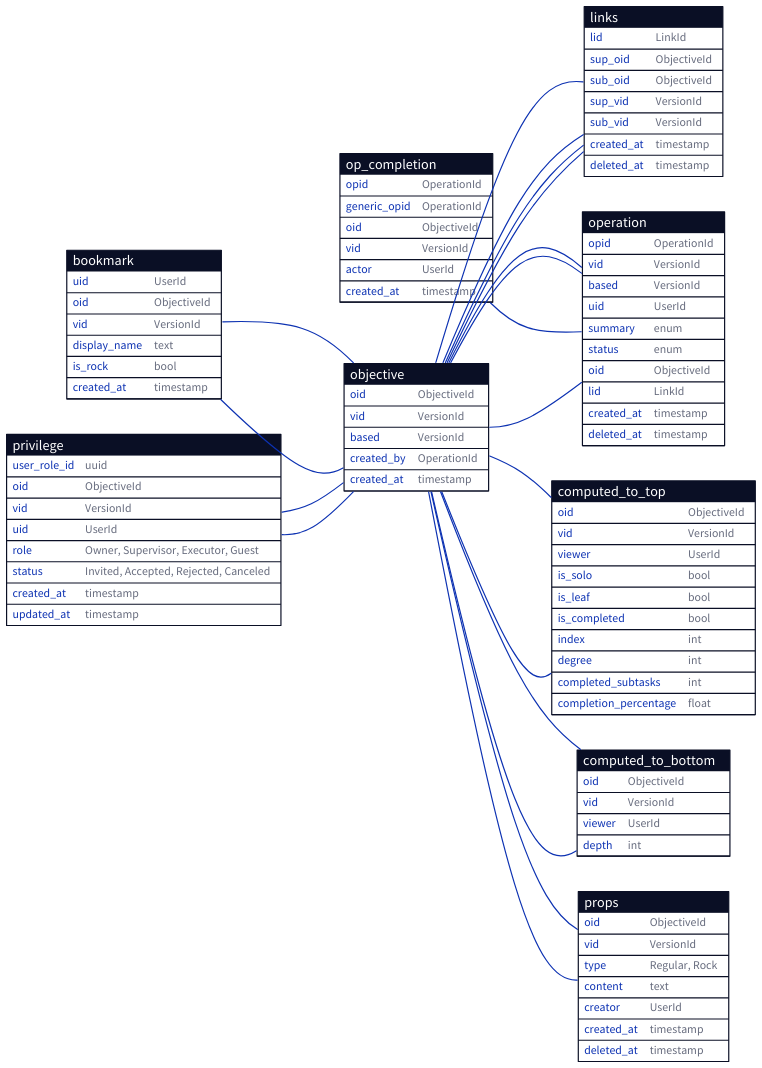
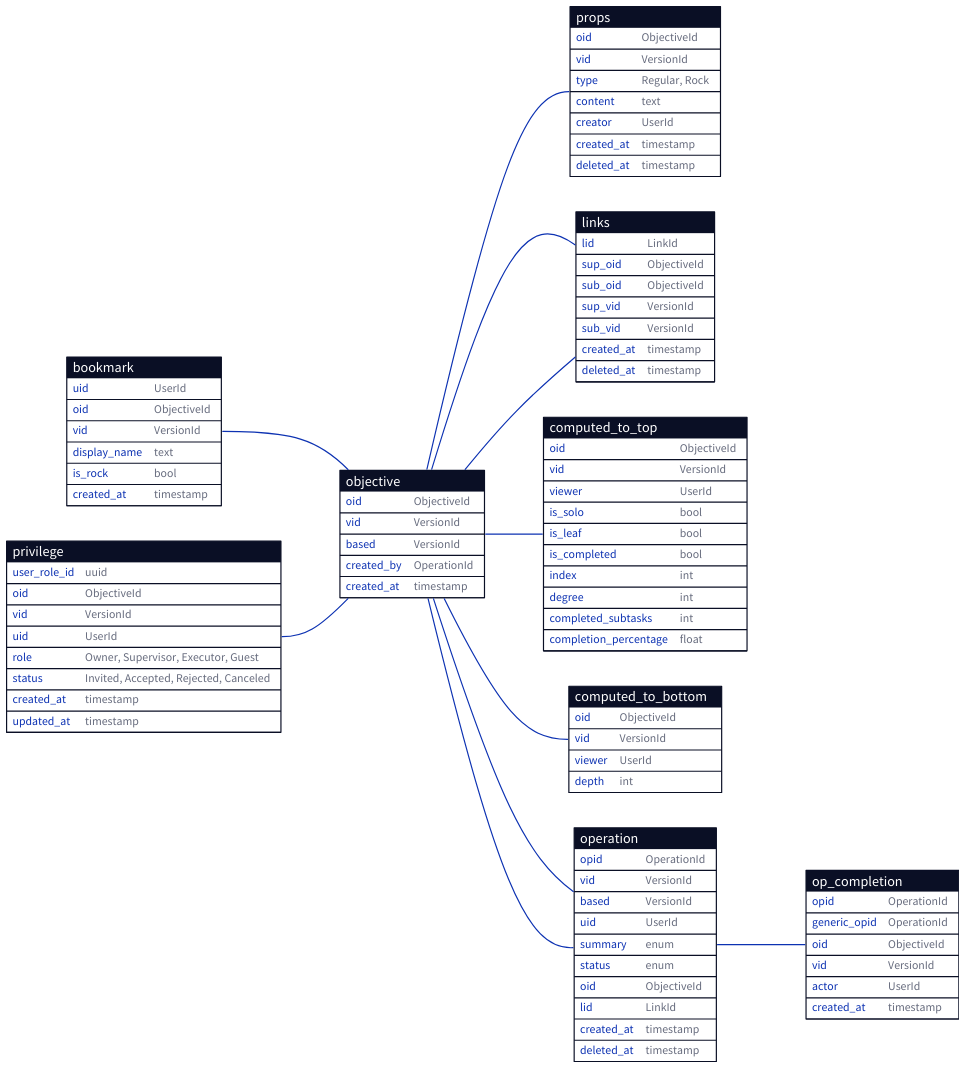
The diagram in docs/database/simplified.d2 (ufukty/logbook), drawn with D2 before and after one commit. The commit also changed 1 other file, not shown here.

Commit message:
docs/database/simplified: hides relations for `vid`s to simplify layout

```diff
--- a/docs/database/simplified.d2
+++ b/docs/database/simplified.d2
@@ -1,148 +1,148 @@
 bookmark: {
   shape: sql_table
 
   uid: UserId
   oid: ObjectiveId
   vid: VersionId
   display_name: text
   is_rock: bool # rocks are hidden in the UI
   created_at: timestamp
 }
 
 privilege: {
   shape: sql_table
 
   user_role_id: uuid
   oid: ObjectiveId
   vid: VersionId
   uid: UserId
   role: "Owner, Supervisor, Executor, Guest"
   status: "Invited, Accepted, Rejected, Canceled"
   created_at: timestamp
   updated_at: timestamp
 }
 
 objective: {
   shape: sql_table
 
   oid: ObjectiveId
   vid: VersionId
   based: VersionId
   created_by: OperationId
 
   created_at: timestamp
 }
 
 props: {
   shape: sql_table
 
   oid: ObjectiveId
   vid: VersionId
   type: "Regular, Rock"
   content: text
   creator: UserId
   created_at: timestamp
   deleted_at: timestamp
 }
 
 links: {
   shape: sql_table
 
   lid: LinkId
 
   sup_oid: ObjectiveId
   sub_oid: ObjectiveId
   sup_vid: VersionId
   sub_vid: VersionId
 
   created_at: timestamp
   deleted_at: timestamp
 }
 
 computed_to_top: {
   shape: sql_table
 
   oid: ObjectiveId
   vid: VersionId
   viewer: UserId
 
   is_solo: bool
   is_leaf: bool
   is_completed: bool
 
   index: int
   degree: int
   completed_subtasks: int
   completion_percentage: float
 }
 
 computed_to_bottom: {
   shape: sql_table
 
   oid: ObjectiveId
   vid: VersionId
   viewer: UserId
 
   depth: int
 }
 
 operation: {
   shape: sql_table
 
   opid: OperationId
   vid: VersionId
   based: VersionId
 
   uid: UserId
   summary: enum
   status: enum
 
   oid: ObjectiveId
   lid: LinkId
 
   created_at: timestamp
   deleted_at: timestamp
 }
 
 op_completion: {
   shape: sql_table
 
   opid: OperationId
   generic_opid: OperationId
   oid: ObjectiveId
   vid: VersionId
   actor: UserId
   created_at: timestamp
 }
 
 direction: right
 
 # a bookmark points to a root node of a work tree
 bookmark.oid -- objective.oid
-bookmark.vid -- objective.vid
+# bookmark.vid -- objective.vid
 
 # Any task with custom privilege hand.can have owner/viewers/executors
 privilege.oid -- objective.oid
-privilege.vid -- objective.vid
+# privilege.vid -- objective.vid
 
 objective.oid -- links.sup_oid
-objective.vid -- links.sup_vid
+# objective.vid -- links.sup_vid
 
 objective.oid -- links.sub_oid
-objective.vid -- links.sub_vid
+# objective.vid -- links.sub_vid
 
 objective.oid -- operation.oid
-objective.vid -- operation.vid
+# objective.vid -- operation.vid
 
 objective.oid -- computed_to_top.oid
-objective.vid -- computed_to_top.vid
+# objective.vid -- computed_to_top.vid
 
 objective.oid -- computed_to_bottom.oid
-objective.vid -- computed_to_bottom.vid
+# objective.vid -- computed_to_bottom.vid
 
-op_completion.opid -- operation.opid 
+operation.opid -- op_completion.opid
 
 objective.oid -- operation.oid
 
 objective.oid -- props.oid
-objective.vid -- props.vid
+# objective.vid -- props.vid
```
